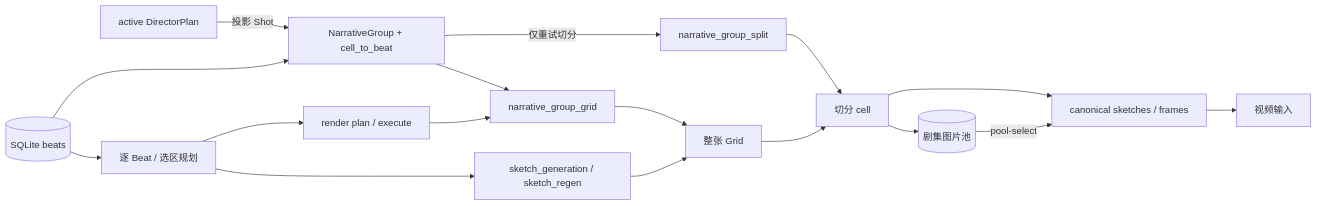
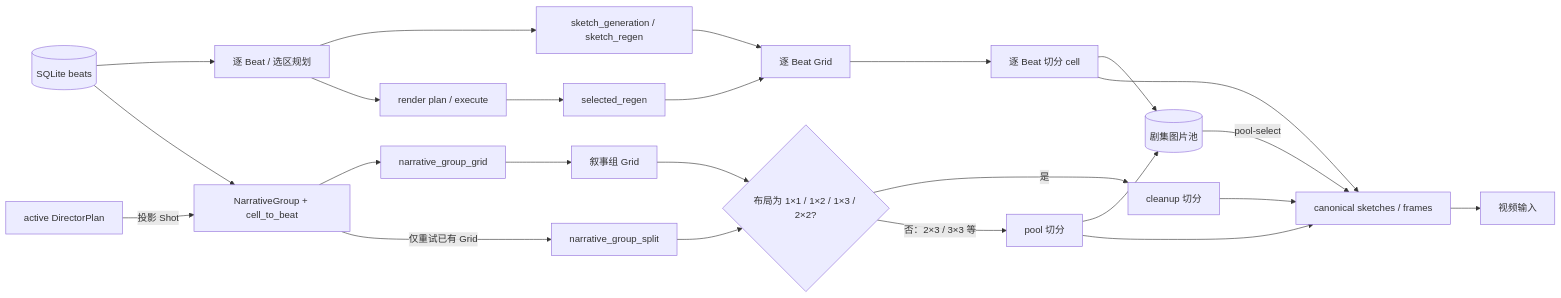
Before and after one commit to YuRui-Liu/Nuomi-drama-factory: the first of 2 diagrams in docs/cookbook/pipelines/05-storyboard.md, drawn with Mermaid. The commit also changed other lines of this file, not shown here.

````diff
--- a/docs/cookbook/pipelines/05-storyboard.md
+++ b/docs/cookbook/pipelines/05-storyboard.md
@@ -49,28 +49,36 @@
 ```mermaid
 flowchart LR
     B[(SQLite beats)]
     DP[active DirectorPlan]
     BG[逐 Beat / 选区规划]
     NG[NarrativeGroup + cell_to_beat]
     SG[sketch_generation / sketch_regen]
     RP[render plan / execute]
+    SR[selected_regen]
     GG[narrative_group_grid]
     SP[narrative_group_split]
-    GRID[整张 Grid]
-    CELL[切分 cell]
+    GRID[逐 Beat Grid]
+    GGRID[叙事组 Grid]
+    CELL[逐 Beat 切分 cell]
+    GCS[cleanup 切分]
+    GCL[pool 切分]
+    SMALL{布局为 1×1 / 1×2 / 1×3 / 2×2?}
     POOL[(剧集图片池)]
     CANON[canonical sketches / frames]
     VIDEO[视频输入]
 
     B --> BG
     B --> NG
     DP -->|投影 Shot| NG
     BG --> SG --> GRID
-    BG --> RP --> GG
-    NG --> GG --> GRID
-    NG -->|仅重试切分| SP --> CELL
+    BG --> RP --> SR --> GRID
+    NG --> GG --> GGRID --> SMALL
+    NG -->|仅重试已有 Grid| SP --> SMALL
     GRID --> CELL --> POOL
+    SMALL -->|是| GCS --> CANON
+    SMALL -->|否：2×3 / 3×3 等| GCL --> POOL
+    GCL --> CANON
     CELL --> CANON
     POOL -->|pool-select| CANON
     CANON --> VIDEO
 ```
````
